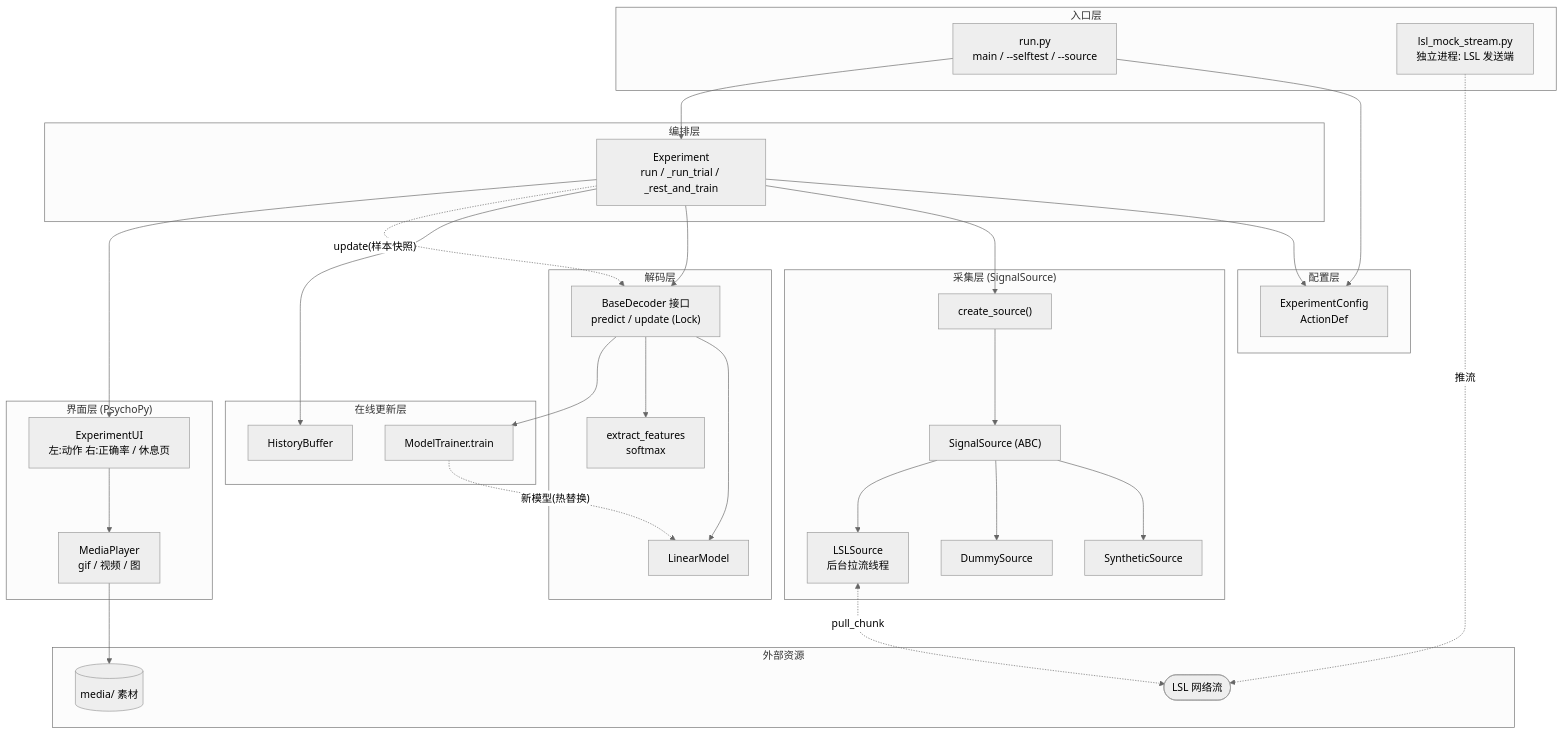
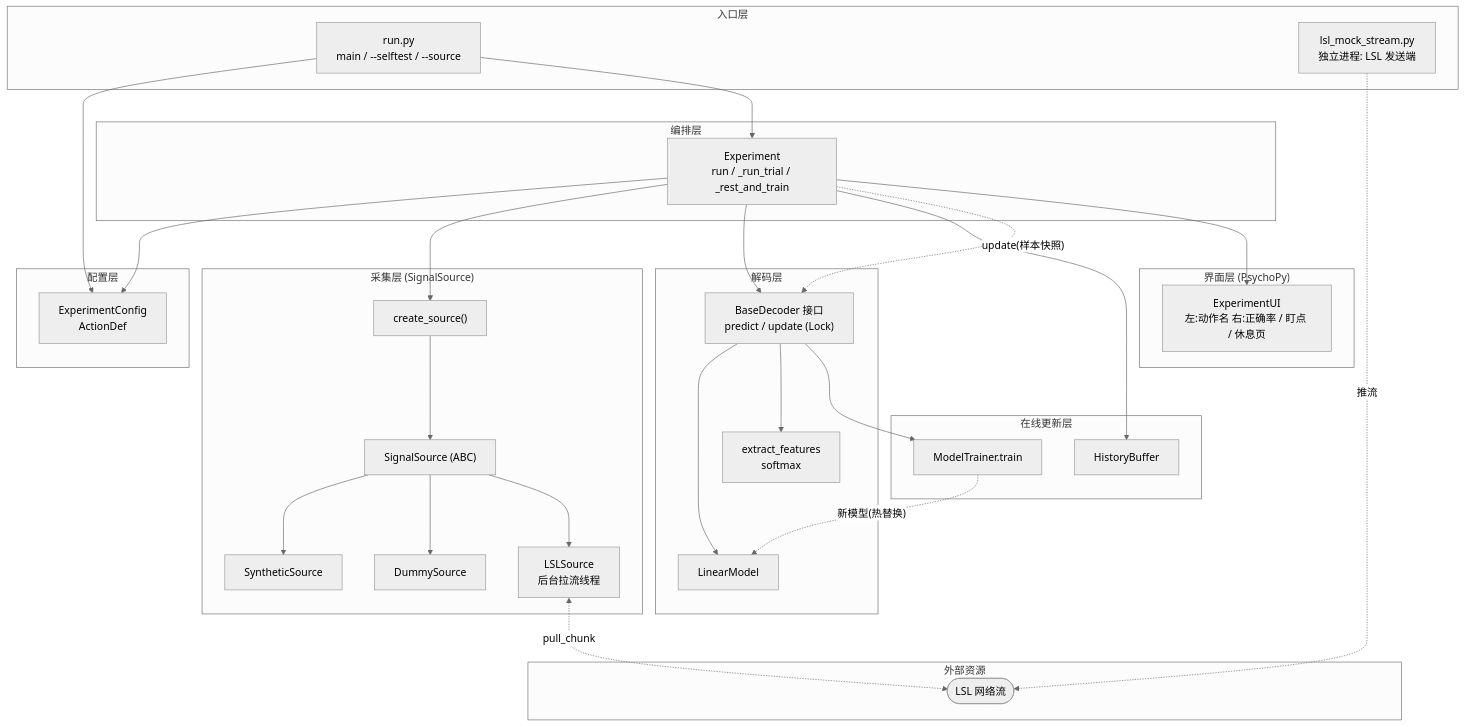
Before and after one commit to 781226451/online-ecog-decoding: the first of 2 diagrams in docs/architecture.md, drawn with Mermaid (neutral theme). The commit also changed other lines of this file and 5 other files, not shown here.

````diff
--- a/docs/architecture.md
+++ b/docs/architecture.md
@@ -24,52 +24,50 @@
 ```mermaid
 flowchart TB
   subgraph CLI["入口层"]
     RUN["run.py<br/>main / --selftest / --source"]
     MOCK["lsl_mock_stream.py<br/>独立进程: LSL 发送端"]
   end
   subgraph CFG["配置层"]
     CONF["ExperimentConfig<br/>ActionDef"]
   end
   subgraph ORC["编排层"]
     EXP["Experiment<br/>run / _run_trial / _rest_and_train"]
   end
   subgraph ACQ["采集层 (SignalSource)"]
     FAC["create_source()"]
     BASE["SignalSource (ABC)"]
     SYN["SyntheticSource"]
     DUM["DummySource"]
     LSL["LSLSource<br/>后台拉流线程"]
   end
   subgraph DEC["解码层"]
     DECODER["BaseDecoder 接口<br/>predict / update (Lock)"]
     MODEL["LinearModel"]
     FEAT["extract_features<br/>softmax"]
   end
   subgraph UPD["在线更新层"]
     BUF["HistoryBuffer"]
     TRAIN["ModelTrainer.train"]
   end
   subgraph UIL["界面层 (PsychoPy)"]
-    UI["ExperimentUI<br/>左:动作 右:正确率 / 休息页"]
-    MP["MediaPlayer<br/>gif / 视频 / 图"]
+    UI["ExperimentUI<br/>左:动作名 右:正确率 / 盯点 / 休息页"]
   end
   subgraph EXT["外部资源"]
     STREAM(["LSL 网络流"])
-    MEDIA[("media/ 素材")]
   end
 
   RUN --> CONF
   RUN --> EXP
   MOCK -. 推流 .-> STREAM
   EXP --> CONF
   EXP --> FAC --> BASE
   BASE --> SYN & DUM & LSL
   LSL <-. pull_chunk .-> STREAM
   EXP --> DECODER --> MODEL
   DECODER --> FEAT
   EXP --> BUF
   EXP -. update(样本快照) .-> DECODER
   DECODER --> TRAIN
   TRAIN -. 新模型(热替换) .-> MODEL
-  EXP --> UI --> MP --> MEDIA
+  EXP --> UI
 ```
````
